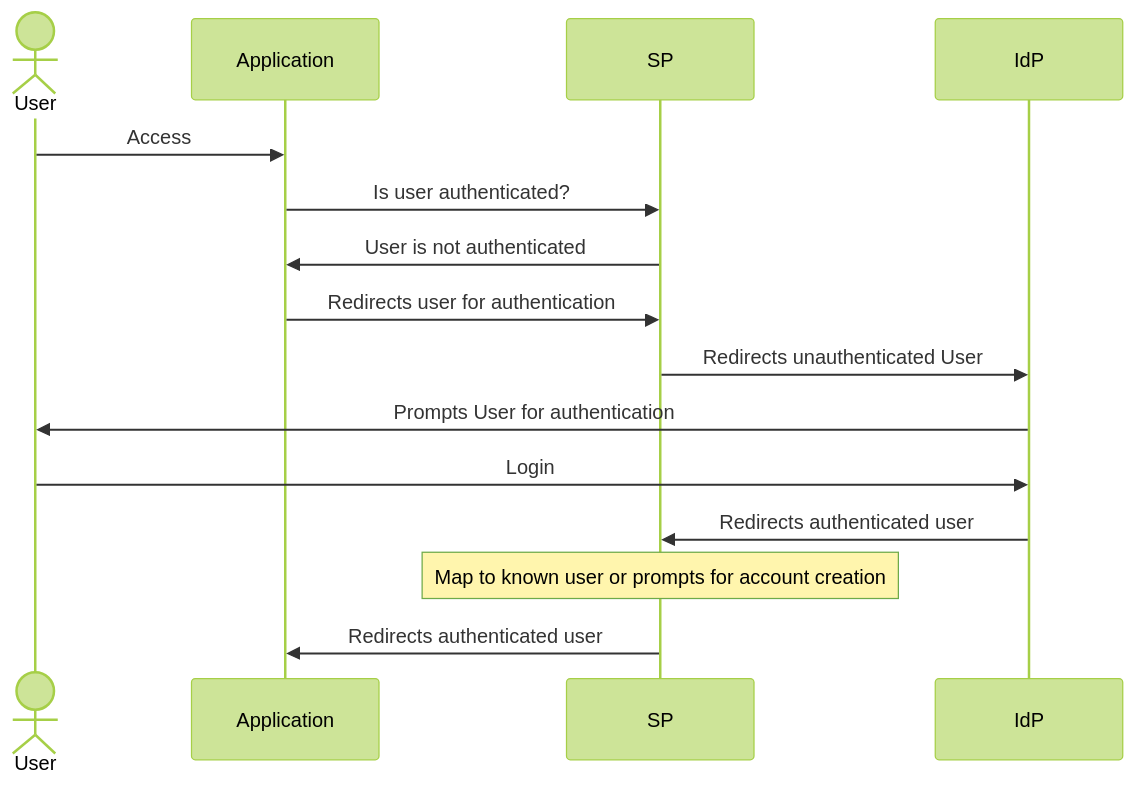
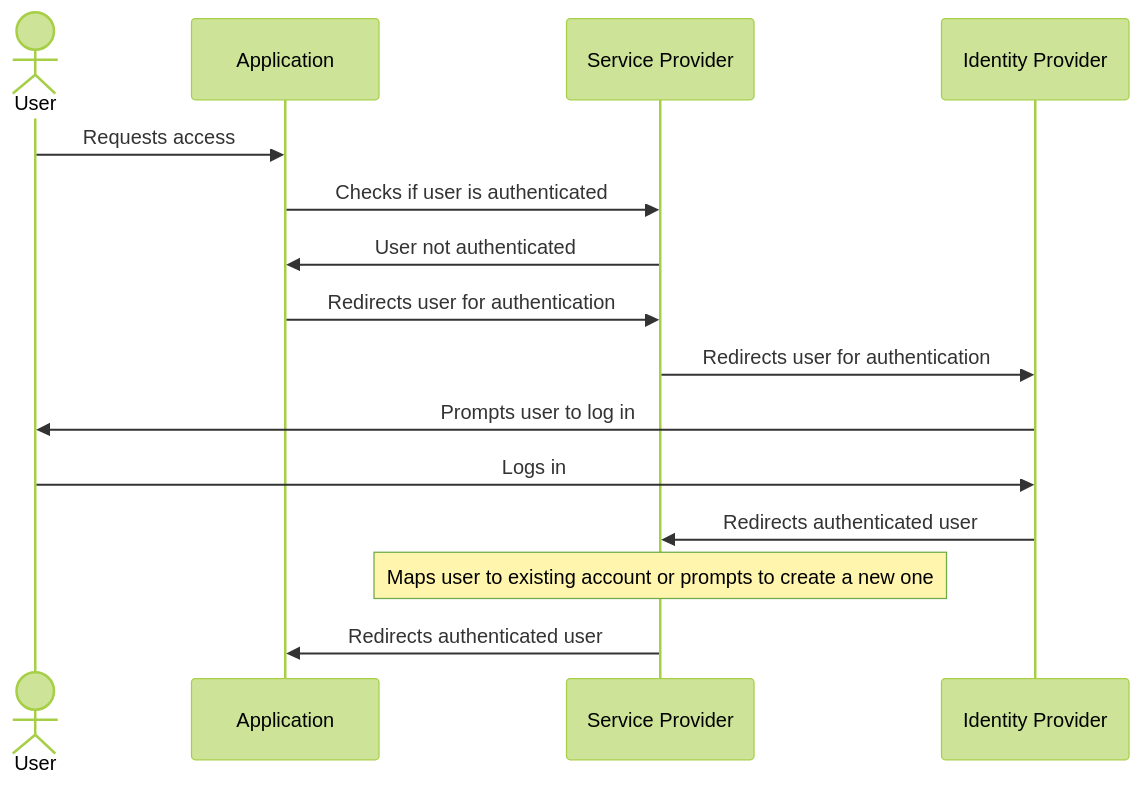
Before and after one commit to PabloLec/sb_keycloak_saml: the diagram in README.md, drawn with Mermaid (forest theme).

Commit message:
Edit mermaid diagram

````diff
--- a/README.md
+++ b/README.md
@@ -7,17 +7,17 @@
 ```mermaid
 sequenceDiagram
     actor User
     participant Application
-    participant SP
-    participant IdP
-    User->>Application: Access
-    Application->>SP: Is user authenticated?
-    SP->>Application: User is not authenticated
+    participant SP as Service Provider
+    participant IdP as Identity Provider
+    User->>Application: Requests access
+    Application->>SP: Checks if user is authenticated
+    SP->>Application: User not authenticated
     Application->>SP: Redirects user for authentication
-    SP->>IdP: Redirects unauthenticated User 
-    IdP->>User: Prompts User for authentication
-    User->>IdP: Login
+    SP->>IdP: Redirects user for authentication
+    IdP->>User: Prompts user to log in
+    User->>IdP: Logs in
     IdP->>SP: Redirects authenticated user
-    Note over SP: Map to known user or prompts for account creation
+    Note over SP: Maps user to existing account or prompts to create a new one
     SP->>Application: Redirects authenticated user
 ```
````
